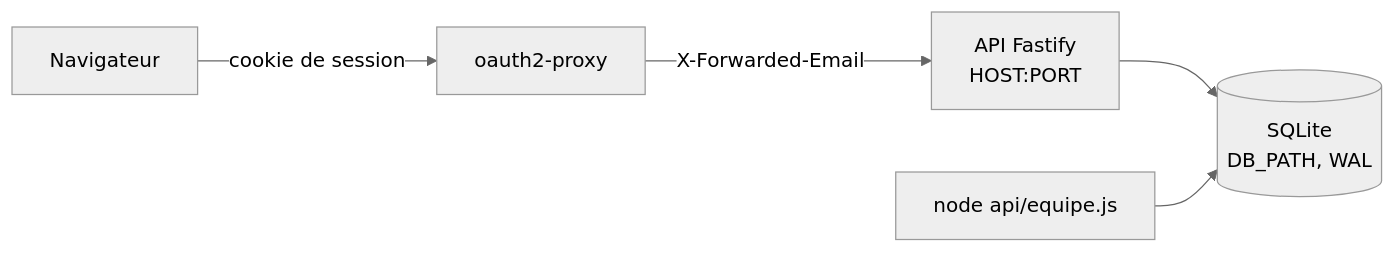
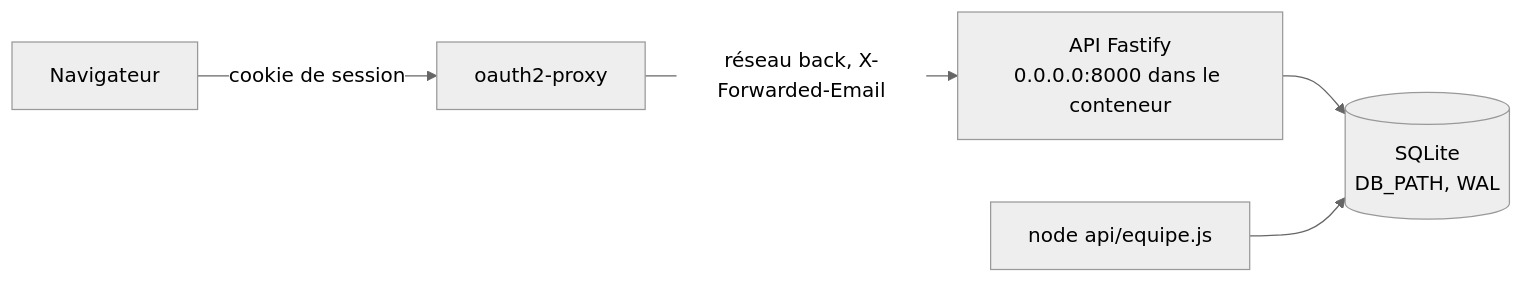
The diagram in hlyja/technique/api.md (design-cpu/yeita-recrutement), drawn with Mermaid (neutral theme) before and after one commit. The commit also changed other lines of this file and 7 other files, not shown here.

Commit message:
hlyja(1.3): référentiel technique (mode serveur, architecture, api, conventions, décisions, docker local), doc produit, glossaire

````diff
--- a/hlyja/technique/api.md
+++ b/hlyja/technique/api.md
@@ -17,7 +17,7 @@
 ```mermaid
 flowchart LR
   N[Navigateur] -->|cookie de session| P[oauth2-proxy]
-  P -->|X-Forwarded-Email| A[API Fastify\nHOST:PORT]
+  P -->|réseau back, X-Forwarded-Email| A[API Fastify\n0.0.0.0:8000 dans le conteneur]
   A --> D[(SQLite\nDB_PATH, WAL)]
   C[node api/equipe.js] --> D
 ```
````
